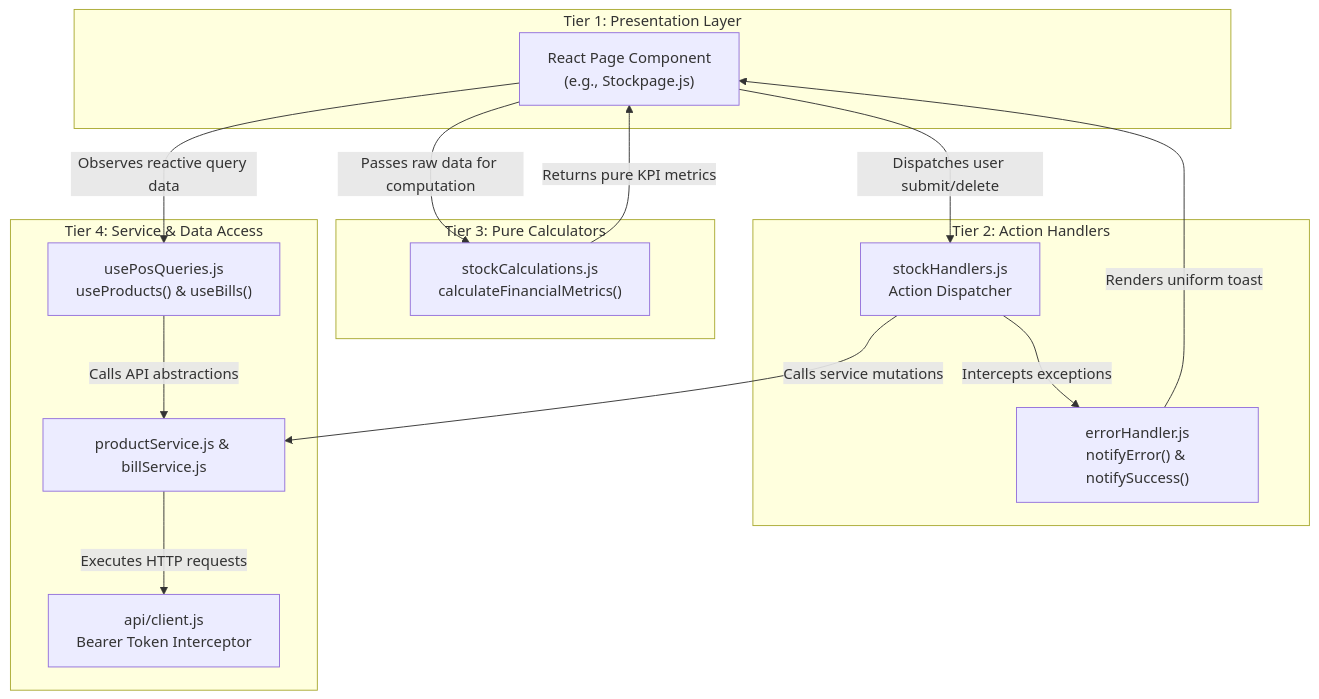
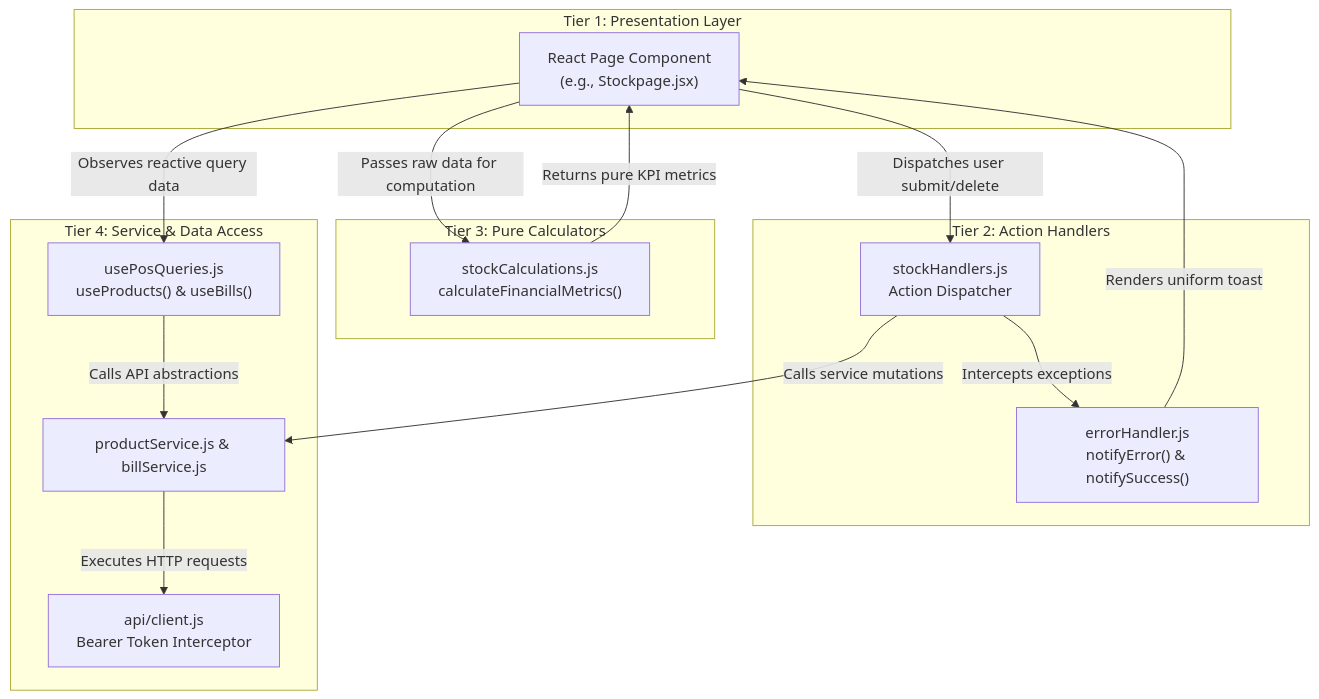
Before and after one commit to Haiderali445/pos-client: the first of 4 diagrams in README.md, drawn with Mermaid. The commit also changed other lines of this file and 27 other files, not shown here.

````diff
--- a/README.md
+++ b/README.md
@@ -64,31 +64,31 @@
 ```mermaid
 graph TD
     subgraph Presentation["Tier 1: Presentation Layer"]
-        Page["React Page Component\n(e.g., Stockpage.js)"]
+        Page["React Page Component\n(e.g., Stockpage.jsx)"]
     end
 
     subgraph Calculators["Tier 3: Pure Calculators"]
         Calc["stockCalculations.js\ncalculateFinancialMetrics()"]
     end
 
     subgraph Handlers["Tier 2: Action Handlers"]
         Handler["stockHandlers.js\nAction Dispatcher"]
         ErrUtil["errorHandler.js\nnotifyError() & notifySuccess()"]
     end
 
     subgraph DataAccess["Tier 4: Service & Data Access"]
         Query["usePosQueries.js\nuseProducts() & useBills()"]
         Svc["productService.js & billService.js"]
         Axios["api/client.js\nBearer Token Interceptor"]
     end
 
     Page -->|Observes reactive query data| Query
     Query -->|Calls API abstractions| Svc
     Svc -->|Executes HTTP requests| Axios
     Page -->|Passes raw data for computation| Calc
     Calc -->|Returns pure KPI metrics| Page
     Page -->|Dispatches user submit/delete| Handler
     Handler -->|Calls service mutations| Svc
     Handler -->|Intercepts exceptions| ErrUtil
     ErrUtil -->|Renders uniform toast| Page
 ```
````
